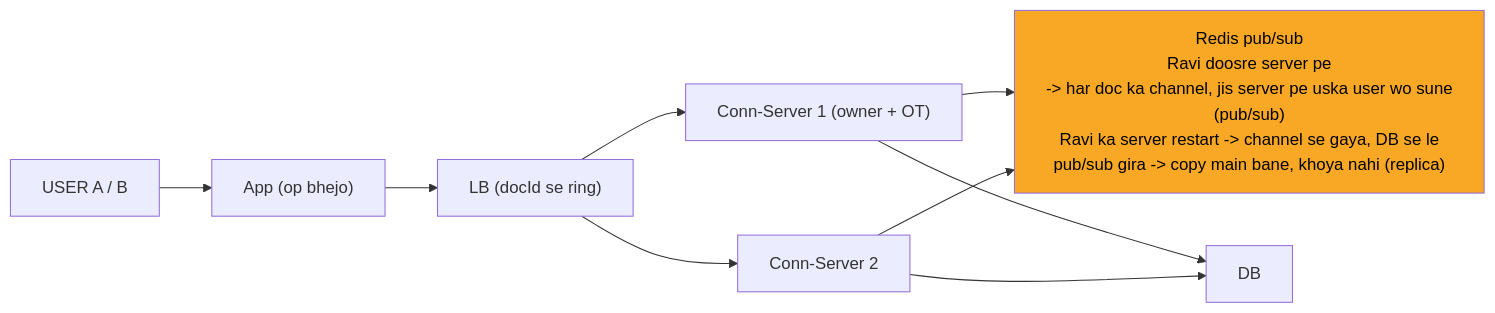
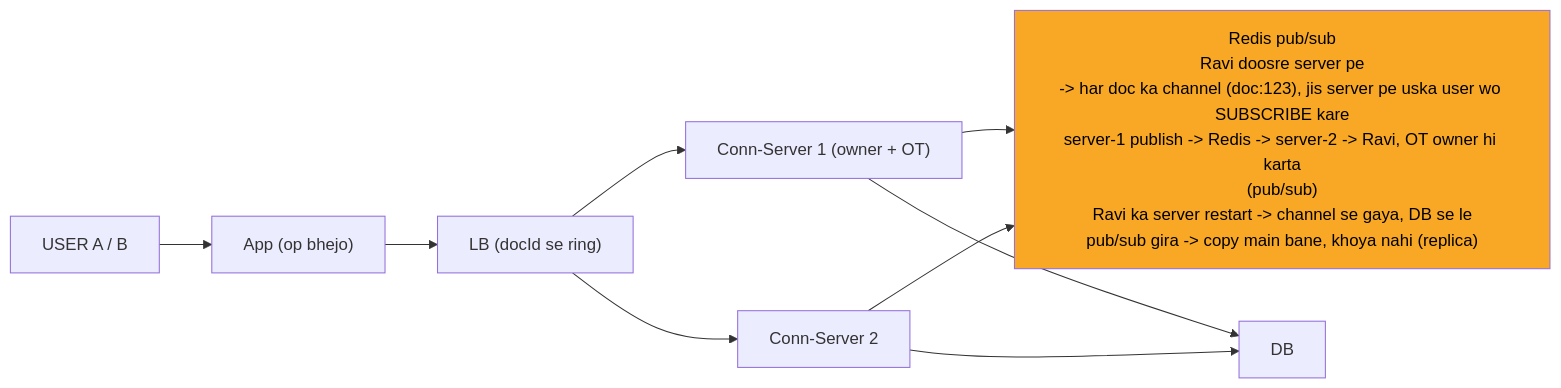
Before and after one commit to ArpanMaheshwari144/Prep: the sixth of 10 diagrams in 04_HLD/SYSTEM_DESIGNS/11_google_docs_collab/11_google_docs_collab.md, drawn with Mermaid. The commit also changed other lines of this file and 13 other files, not shown here.

````diff
--- a/04_HLD/SYSTEM_DESIGNS/11_google_docs_collab/11_google_docs_collab.md
+++ b/04_HLD/SYSTEM_DESIGNS/11_google_docs_collab/11_google_docs_collab.md
@@ -215,20 +219,20 @@
 ```mermaid
 %%{init: {"flowchart": {"wrappingWidth": 450}}}%%
 flowchart LR
     n_USER["USER A / B"]
     n_App["App (op bhejo)"]
     n_LB["LB (docId se ring)"]
     n_CS1["Conn-Server 1 (owner + OT)"]
     n_CS2["Conn-Server 2"]
-    n_PS["Redis pub/sub<br/>Ravi doosre server pe<br/>-> har doc ka channel, jis server pe uska user wo sune<br/>(pub/sub)<br/>Ravi ka server restart -> channel se gaya, DB se le<br/>pub/sub gira -> copy main bane, khoya nahi (replica)"]
+    n_PS["Redis pub/sub<br/>Ravi doosre server pe<br/>-> har doc ka channel (doc:123), jis server pe uska user wo SUBSCRIBE kare<br/>server-1 publish -> Redis -> server-2 -> Ravi, OT owner hi karta<br/>(pub/sub)<br/>Ravi ka server restart -> channel se gaya, DB se le<br/>pub/sub gira -> copy main bane, khoya nahi (replica)"]
     n_DB["DB"]
     n_USER --> n_App
     n_App --> n_LB
     n_LB --> n_CS1
     n_LB --> n_CS2
     n_CS1 --> n_PS
     n_CS2 --> n_PS
     n_CS1 --> n_DB
     n_CS2 --> n_DB
     style n_PS fill:#f9a825,color:#000
 ```
````
